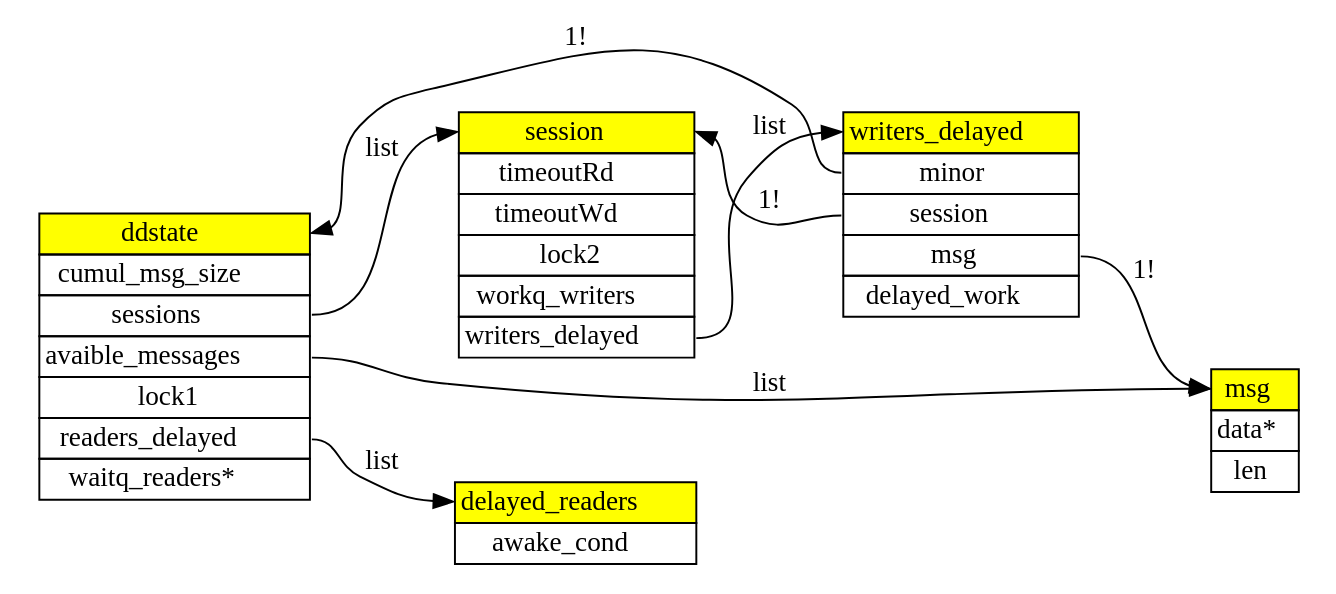
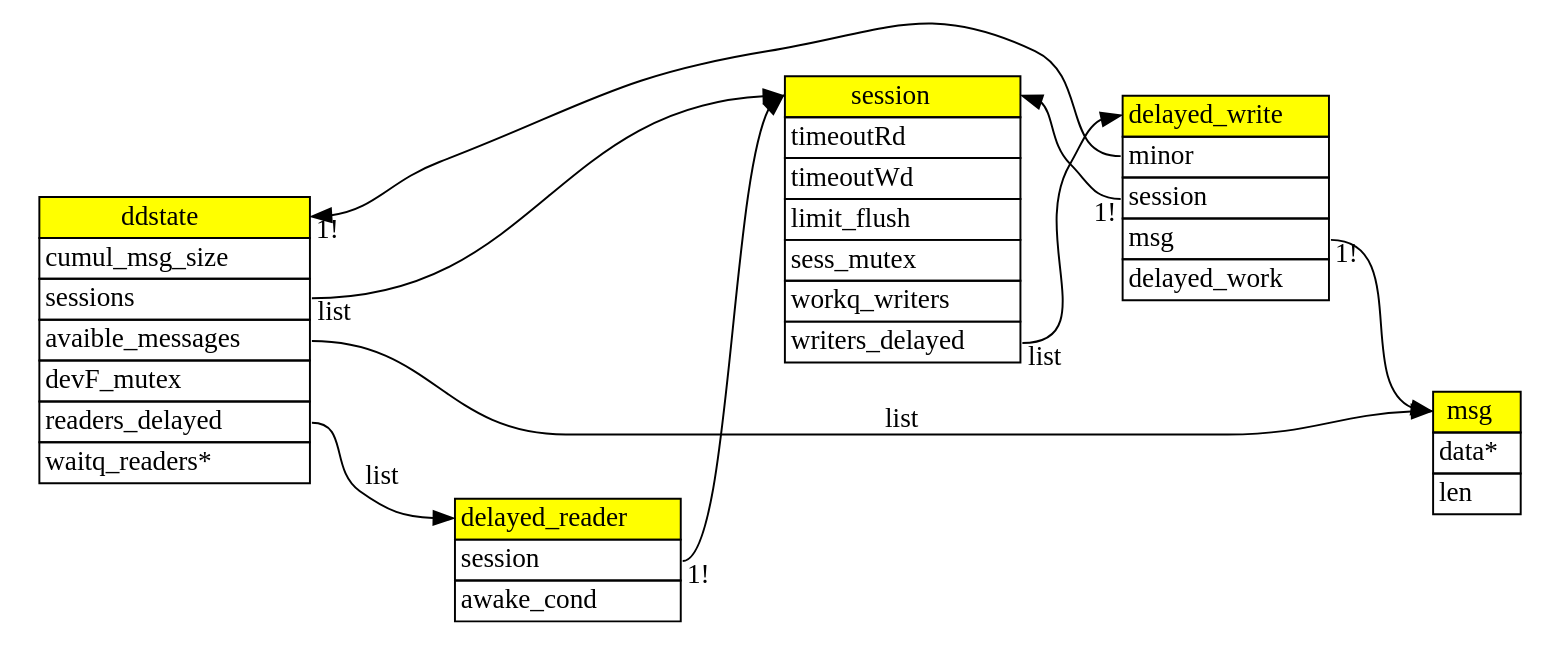
Before and after one commit to andreadiiorio/linux_timed_messaging_system: the diagram in doc/coreStructsRelationships.dot, drawn with Graphviz. The commit also changed 11 other files, not shown here.

```diff
--- a/doc/coreStructsRelationships.dot
+++ b/doc/coreStructsRelationships.dot
@@ -1,75 +1,78 @@
 //Andysnake96
 // dot <name>.dot -Tsvg | display
 //label=<<table border="0" cellborder="1" cellspacing="0">
 
 digraph g {
 
 //compound=true	//allow [inter] cluster edges (edge opt lhead<-ltail )
 
 node [shape=plaintext]
 graph[ rankdir = "LR" ];	//left to right direction of graph as a GraphAttribute
 ddstate [ 
 	label = <<table border="0" cellspacing="0" cellborder="1" >
                 <tr><td port="ddstate" bgcolor="yellow">ddstate</td></tr>
-                <tr><td port="cumul_msg_size"> cumul_msg_size</td></tr>
-                <tr><td port="session"> sessions</td></tr>
-                <tr><td port="avaible_messages"> avaible_messages</td></tr>
-                <tr><td port="lock1">lock1</td></tr>
-		<tr><td port="readers_delayed">readers_delayed</td></tr>
-                <tr><td port="waitq_readers">waitq_readers*</td></tr>
+                <tr><td align="left" port="cumul_msg_size"> cumul_msg_size</td></tr>
+                <tr><td align="left" port="session"> sessions</td></tr>
+                <tr><td align="left" port="avaible_messages"> avaible_messages</td></tr>
+                <tr><td align="left" port="devF_mutex">devF_mutex</td></tr>
+		<tr><td align="left" port="readers_delayed">readers_delayed</td></tr>
+                <tr><td align="left" port="waitq_readers">waitq_readers*</td></tr>
                 </table>>
 ];
 msg[
 	label = "<data> data* | <len> len "
 	label = <<table border="0" cellspacing="0" cellborder="1" >
                 	<tr><td port="msg" bgcolor="yellow" >msg</td></tr>
-                	<tr><td port="data">data*</td></tr>
-			<tr><td port="len">len</td></tr>
+                	<tr><td align="left" port="data">data*</td></tr>
+			<tr><td align="left" port="len">len</td></tr>
                 </table>>
 ];
 
 session[
 	label = <<table border="0" cellspacing="0" cellborder="1" >
                 	<tr><td bgcolor="yellow" port="session">session</td></tr>
-                	<tr><td port="timeoutRd">timeoutRd </td></tr>
-                	<tr><td port="timeoutWd">timeoutWd </td></tr>
-			//<tr><td port="lock2">lock2</td></tr>
-			<tr><td port="workq_writers">workq_writers</td></tr>
-			<tr><td port="writers_delayed">writers_delayed</td></tr>
+                	<tr><td align="left" port="timeoutRd">timeoutRd </td></tr>
+                	<tr><td align="left" port="timeoutWd">timeoutWd </td></tr>
+                	<tr><td align="left" port="limit_flush">limit_flush</td></tr>
+			<tr><td align="left" port="sess_mutex">sess_mutex</td></tr>
+			<tr><td align="left" port="workq_writers">workq_writers</td></tr>
+			<tr><td align="left" port="writers_delayed">writers_delayed</td></tr>
                 </table>>
 ];
 delayed_write[
 	label = <<table border="0" cellspacing="0" cellborder="1" >
-                	<tr><td bgcolor="yellow" port="delayed_write">writers_delayed</td></tr>
-                	<tr><td port="minor">minor</td></tr>
-                	<tr><td port="session">session</td></tr>
-                	<tr><td port="msg">msg</td></tr>
-			<tr><td port="delayed_work">delayed_work</td></tr>
+                	<tr><td bgcolor="yellow" port="delayed_write">delayed_write</td></tr>
+                	<tr><td align="left" port="minor">minor</td></tr>
+                	<tr><td align="left" port="session">session</td></tr>
+                	<tr><td align="left" port="msg">msg</td></tr>
+			<tr><td align="left" port="delayed_work">delayed_work</td></tr>
                 </table>>
 ]
-delayed_readers[
+delayed_reader[
 	label = <<table border="0" cellspacing="0" cellborder="1" >
-                	<tr><td bgcolor="yellow" port="delayed_readers">delayed_readers</td></tr>
-                	<tr><td port="awake_cond">awake_cond</td></tr>
+                	<tr><td bgcolor="yellow" port="delayed_reader">delayed_reader</td></tr>
+                	<tr><td align="left" port="session">session</td></tr>
+                	<tr><td align="left" port="awake_cond">awake_cond</td></tr>
                 </table>>
 ]
 
 
 
 //links
 //minor
-ddstate:session-> session:session				[label=list]
-ddstate:avaible_messages-> msg:msg 				[label=list]
-ddstate:readers_delayed	-> delayed_readers:delayed_readers	[label=list]
+ddstate:session-> session:session							[taillabel=list]
+ddstate:avaible_messages-> msg:msg 							[label=list]
+ddstate:readers_delayed	-> delayed_reader:delayed_reader	[label=list]
 //session IO
-session:writers_delayed	-> delayed_write:delayed_write		[label=list]
-delayed_write:session -> session:session			[label="1!"]
+session:writers_delayed	-> delayed_write:delayed_write		[taillabel=list]
+delayed_write:session -> session:session					[taillabel="1!"]
+delayed_reader:session -> session:session					[taillabel="1!"]
 //delayed ops
-delayed_write:msg -> msg:msg					[label="1!"]
-delayed_write:minor -> ddstate:ddstate				[label="1!"]
+delayed_write:msg -> msg:msg								[taillabel="1!"]
+delayed_write:minor -> ddstate:ddstate						[headlabel="1!"]
 
 // next node is connected to node 2 & 1; boundary 
 //node1 -> { node2 node1 } [dir=both color="red:blue"]	//edge to multiple nodes with bi colored edge
 
 
 }
```
